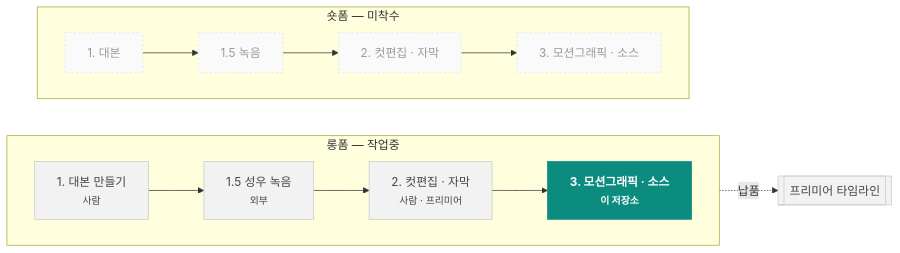
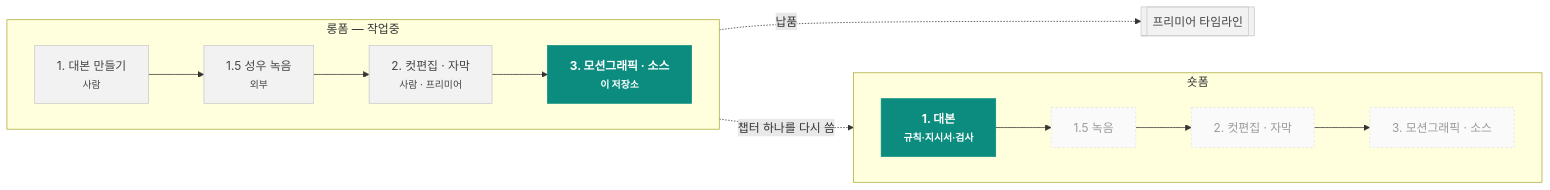
The diagram in README.md (boyjustin76/AC-Stock-), drawn with Mermaid before and after one commit. The commit also changed other lines of this file and 11 other files, not shown here.

````diff
--- a/README.md
+++ b/README.md
@@ -16,22 +16,24 @@
 ```mermaid
 flowchart LR
   subgraph L ["롱폼 — 작업중"]
     direction LR
     L1["1. 대본 만들기<br/><small>사람</small>"]
     L15["1.5 성우 녹음<br/><small>외부</small>"]
     L2["2. 컷편집 · 자막<br/><small>사람 · 프리미어</small>"]
     L3["<b>3. 모션그래픽 · 소스</b><br/><small>이 저장소</small>"]
     L1 --> L15 --> L2 --> L3
   end
-  subgraph S ["숏폼 — 미착수"]
+  subgraph S ["숏폼"]
     direction LR
-    S1["1. 대본"] --> S15["1.5 녹음"] --> S2["2. 컷편집 · 자막"] --> S3["3. 모션그래픽 · 소스"]
+    S1["<b>1. 대본</b><br/><small>규칙·지시서·검사</small>"]
+    S1 --> S15["1.5 녹음"] --> S2["2. 컷편집 · 자막"] --> S3["3. 모션그래픽 · 소스"]
   end
+  L1 -.->|챕터 하나를 다시 씀| S1
   L3 -.->|납품| P[[프리미어 타임라인]]
   classDef here fill:#0B8C7F,stroke:#0B8C7F,color:#fff,font-weight:bold
   classDef human fill:#F2F2F2,stroke:#C9C9C9,color:#444
   classDef idle fill:#FAFAFA,stroke:#E2E2E2,color:#9A9A9A,stroke-dasharray:3 3
-  class L3 here
+  class L3,S1 here
   class L1,L15,L2,P human
-  class S1,S15,S2,S3 idle
+  class S15,S2,S3 idle
 ```
````
